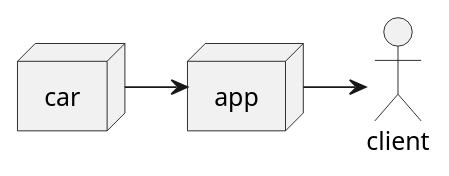
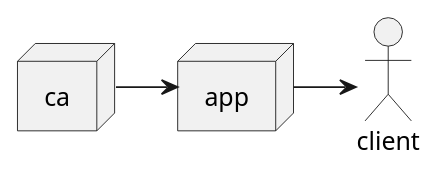
One commit to Vivekyadavgithub/PlantUML-tut changed the diagram in test.iuml. Above: the diagram before and after it, drawn with PlantUML.

```diff
--- a/test.iuml
+++ b/test.iuml
@@ -1,8 +1,8 @@
 @startuml
 actor client
 node app
-node car
+node ca
 
-car -> app
+ca -> app
 app -> client
 @enduml
```
